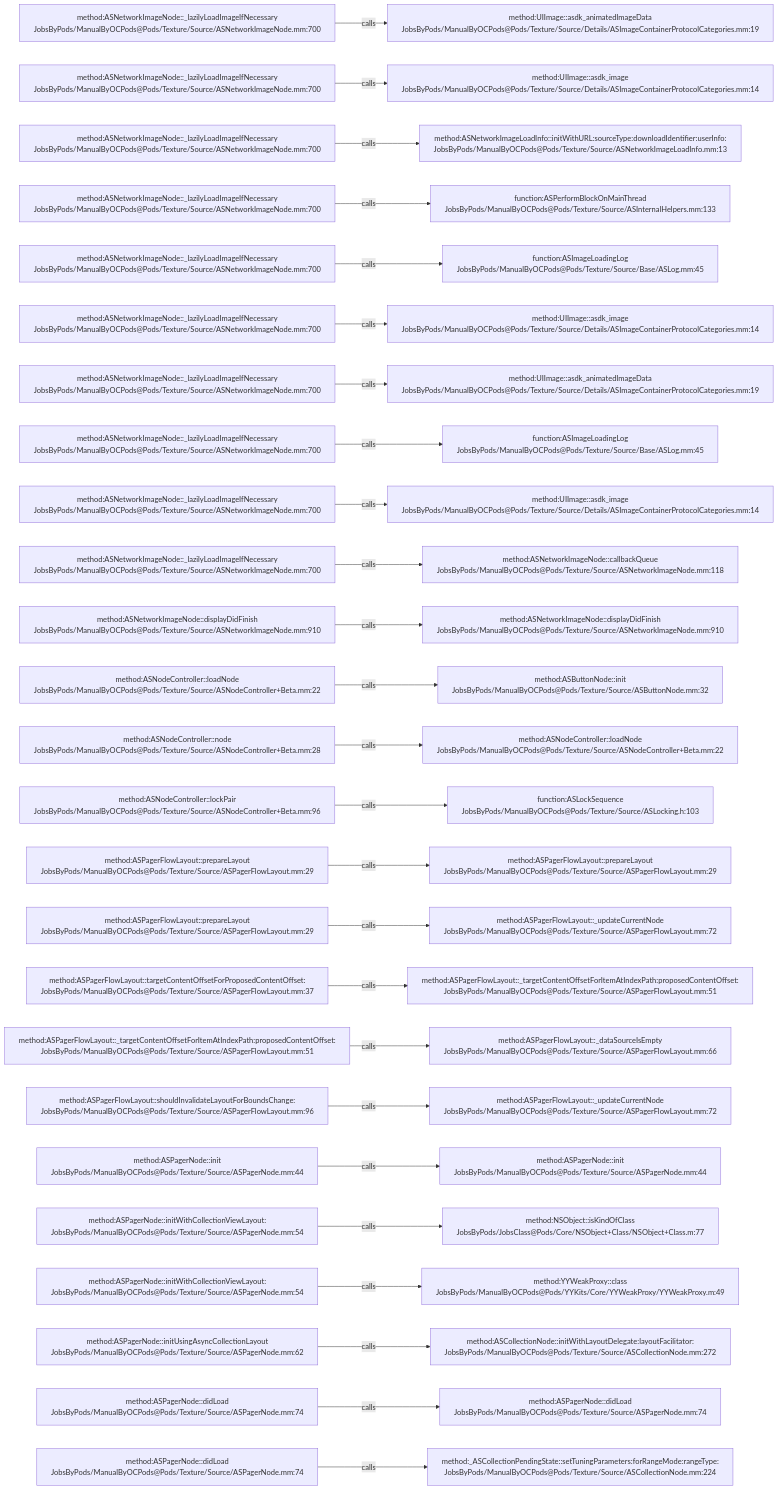
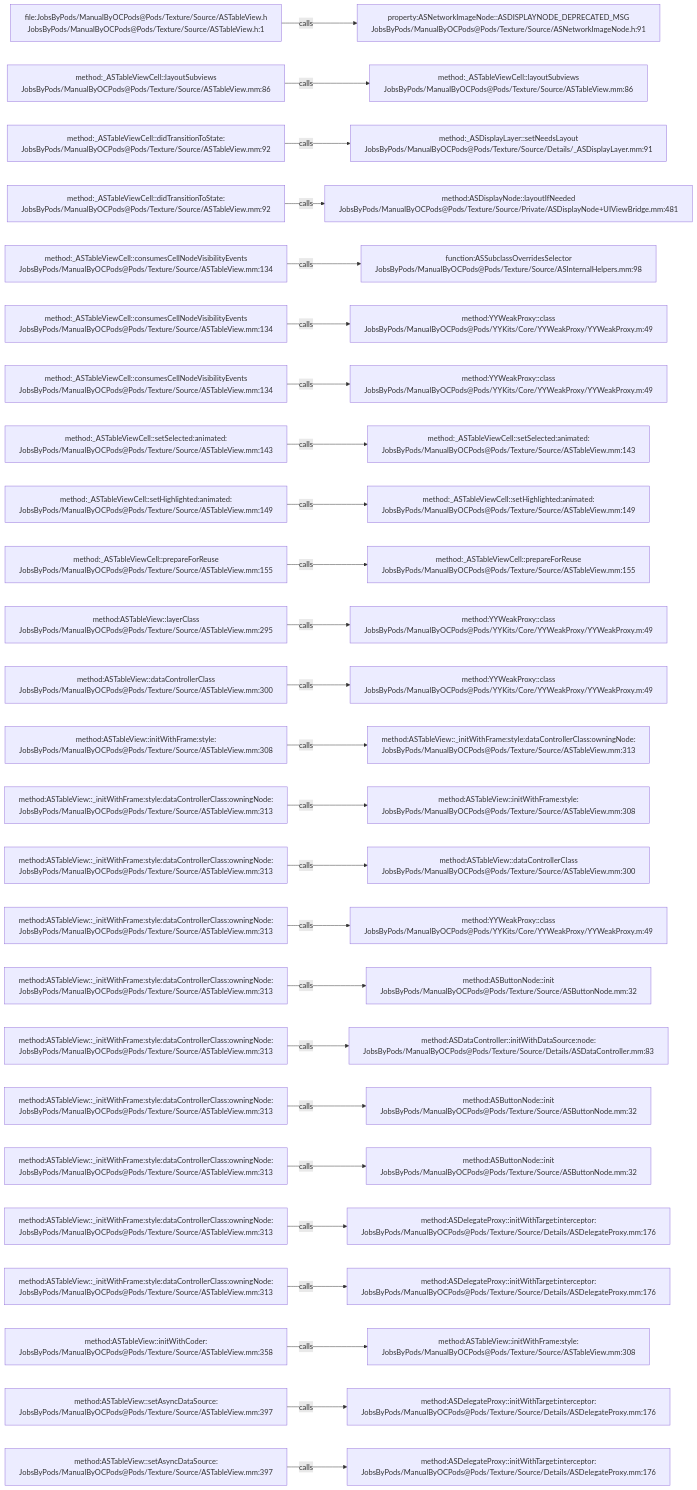
The diagram in .codegraph/codegraph.md/graphs/calls-111.md (JobsKits/JobsOCBaseConfigDemo), drawn with Mermaid before and after one commit. The commit also changed 2723 other files, not shown here.

````diff
--- a/.codegraph/codegraph.md/graphs/calls-111.md
+++ b/.codegraph/codegraph.md/graphs/calls-111.md
@@ -13,78 +13,78 @@
 ```mermaid
 flowchart LR
-  S1["method:ASNetworkImageNode::_lazilyLoadImageIfNecessary<br/>JobsByPods/ManualByOCPods@Pods/Texture/Source/ASNetworkImageNode.mm:700"]
-  T1["method:UIImage::asdk_animatedImageData<br/>JobsByPods/ManualByOCPods@Pods/Texture/Source/Details/ASImageContainerProtocolCategories.mm:19"]
+  S1["file:JobsByPods/ManualByOCPods@Pods/Texture/Source/ASTableView.h<br/>JobsByPods/ManualByOCPods@Pods/Texture/Source/ASTableView.h:1"]
+  T1["property:ASNetworkImageNode::ASDISPLAYNODE_DEPRECATED_MSG<br/>JobsByPods/ManualByOCPods@Pods/Texture/Source/ASNetworkImageNode.h:91"]
   S1 -->|calls| T1
-  S2["method:ASNetworkImageNode::_lazilyLoadImageIfNecessary<br/>JobsByPods/ManualByOCPods@Pods/Texture/Source/ASNetworkImageNode.mm:700"]
-  T2["method:UIImage::asdk_image<br/>JobsByPods/ManualByOCPods@Pods/Texture/Source/Details/ASImageContainerProtocolCategories.mm:14"]
+  S2["method:_ASTableViewCell::layoutSubviews<br/>JobsByPods/ManualByOCPods@Pods/Texture/Source/ASTableView.mm:86"]
+  T2["method:_ASTableViewCell::layoutSubviews<br/>JobsByPods/ManualByOCPods@Pods/Texture/Source/ASTableView.mm:86"]
   S2 -->|calls| T2
-  S3["method:ASNetworkImageNode::_lazilyLoadImageIfNecessary<br/>JobsByPods/ManualByOCPods@Pods/Texture/Source/ASNetworkImageNode.mm:700"]
-  T3["method:ASNetworkImageLoadInfo::initWithURL:sourceType:downloadIdentifier:userInfo:<br/>JobsByPods/ManualByOCPods@Pods/Texture/Source/ASNetworkImageLoadInfo.mm:13"]
+  S3["method:_ASTableViewCell::didTransitionToState:<br/>JobsByPods/ManualByOCPods@Pods/Texture/Source/ASTableView.mm:92"]
+  T3["method:_ASDisplayLayer::setNeedsLayout<br/>JobsByPods/ManualByOCPods@Pods/Texture/Source/Details/_ASDisplayLayer.mm:91"]
   S3 -->|calls| T3
-  S4["method:ASNetworkImageNode::_lazilyLoadImageIfNecessary<br/>JobsByPods/ManualByOCPods@Pods/Texture/Source/ASNetworkImageNode.mm:700"]
-  T4["function:ASPerformBlockOnMainThread<br/>JobsByPods/ManualByOCPods@Pods/Texture/Source/ASInternalHelpers.mm:133"]
+  S4["method:_ASTableViewCell::didTransitionToState:<br/>JobsByPods/ManualByOCPods@Pods/Texture/Source/ASTableView.mm:92"]
+  T4["method:ASDisplayNode::layoutIfNeeded<br/>JobsByPods/ManualByOCPods@Pods/Texture/Source/Private/ASDisplayNode+UIViewBridge.mm:481"]
   S4 -->|calls| T4
-  S5["method:ASNetworkImageNode::_lazilyLoadImageIfNecessary<br/>JobsByPods/ManualByOCPods@Pods/Texture/Source/ASNetworkImageNode.mm:700"]
-  T5["function:ASImageLoadingLog<br/>JobsByPods/ManualByOCPods@Pods/Texture/Source/Base/ASLog.mm:45"]
+  S5["method:_ASTableViewCell::consumesCellNodeVisibilityEvents<br/>JobsByPods/ManualByOCPods@Pods/Texture/Source/ASTableView.mm:134"]
+  T5["function:ASSubclassOverridesSelector<br/>JobsByPods/ManualByOCPods@Pods/Texture/Source/ASInternalHelpers.mm:98"]
   S5 -->|calls| T5
-  S6["method:ASNetworkImageNode::_lazilyLoadImageIfNecessary<br/>JobsByPods/ManualByOCPods@Pods/Texture/Source/ASNetworkImageNode.mm:700"]
-  T6["method:UIImage::asdk_image<br/>JobsByPods/ManualByOCPods@Pods/Texture/Source/Details/ASImageContainerProtocolCategories.mm:14"]
+  S6["method:_ASTableViewCell::consumesCellNodeVisibilityEvents<br/>JobsByPods/ManualByOCPods@Pods/Texture/Source/ASTableView.mm:134"]
+  T6["method:YYWeakProxy::class<br/>JobsByPods/ManualByOCPods@Pods/YYKits/Core/YYWeakProxy/YYWeakProxy.m:49"]
   S6 -->|calls| T6
-  S7["method:ASNetworkImageNode::_lazilyLoadImageIfNecessary<br/>JobsByPods/ManualByOCPods@Pods/Texture/Source/ASNetworkImageNode.mm:700"]
-  T7["method:UIImage::asdk_animatedImageData<br/>JobsByPods/ManualByOCPods@Pods/Texture/Source/Details/ASImageContainerProtocolCategories.mm:19"]
+  S7["method:_ASTableViewCell::consumesCellNodeVisibilityEvents<br/>JobsByPods/ManualByOCPods@Pods/Texture/Source/ASTableView.mm:134"]
+  T7["method:YYWeakProxy::class<br/>JobsByPods/ManualByOCPods@Pods/YYKits/Core/YYWeakProxy/YYWeakProxy.m:49"]
   S7 -->|calls| T7
-  S8["method:ASNetworkImageNode::_lazilyLoadImageIfNecessary<br/>JobsByPods/ManualByOCPods@Pods/Texture/Source/ASNetworkImageNode.mm:700"]
-  T8["function:ASImageLoadingLog<br/>JobsByPods/ManualByOCPods@Pods/Texture/Source/Base/ASLog.mm:45"]
+  S8["method:_ASTableViewCell::setSelected:animated:<br/>JobsByPods/ManualByOCPods@Pods/Texture/Source/ASTableView.mm:143"]
+  T8["method:_ASTableViewCell::setSelected:animated:<br/>JobsByPods/ManualByOCPods@Pods/Texture/Source/ASTableView.mm:143"]
   S8 -->|calls| T8
-  S9["method:ASNetworkImageNode::_lazilyLoadImageIfNecessary<br/>JobsByPods/ManualByOCPods@Pods/Texture/Source/ASNetworkImageNode.mm:700"]
-  T9["method:UIImage::asdk_image<br/>JobsByPods/ManualByOCPods@Pods/Texture/Source/Details/ASImageContainerProtocolCategories.mm:14"]
+  S9["method:_ASTableViewCell::setHighlighted:animated:<br/>JobsByPods/ManualByOCPods@Pods/Texture/Source/ASTableView.mm:149"]
+  T9["method:_ASTableViewCell::setHighlighted:animated:<br/>JobsByPods/ManualByOCPods@Pods/Texture/Source/ASTableView.mm:149"]
   S9 -->|calls| T9
-  S10["method:ASNetworkImageNode::_lazilyLoadImageIfNecessary<br/>JobsByPods/ManualByOCPods@Pods/Texture/Source/ASNetworkImageNode.mm:700"]
-  T10["method:ASNetworkImageNode::callbackQueue<br/>JobsByPods/ManualByOCPods@Pods/Texture/Source/ASNetworkImageNode.mm:118"]
+  S10["method:_ASTableViewCell::prepareForReuse<br/>JobsByPods/ManualByOCPods@Pods/Texture/Source/ASTableView.mm:155"]
+  T10["method:_ASTableViewCell::prepareForReuse<br/>JobsByPods/ManualByOCPods@Pods/Texture/Source/ASTableView.mm:155"]
   S10 -->|calls| T10
-  S11["method:ASNetworkImageNode::displayDidFinish<br/>JobsByPods/ManualByOCPods@Pods/Texture/Source/ASNetworkImageNode.mm:910"]
-  T11["method:ASNetworkImageNode::displayDidFinish<br/>JobsByPods/ManualByOCPods@Pods/Texture/Source/ASNetworkImageNode.mm:910"]
+  S11["method:ASTableView::layerClass<br/>JobsByPods/ManualByOCPods@Pods/Texture/Source/ASTableView.mm:295"]
+  T11["method:YYWeakProxy::class<br/>JobsByPods/ManualByOCPods@Pods/YYKits/Core/YYWeakProxy/YYWeakProxy.m:49"]
   S11 -->|calls| T11
-  S12["method:ASNodeController::loadNode<br/>JobsByPods/ManualByOCPods@Pods/Texture/Source/ASNodeController+Beta.mm:22"]
-  T12["method:ASButtonNode::init<br/>JobsByPods/ManualByOCPods@Pods/Texture/Source/ASButtonNode.mm:32"]
+  S12["method:ASTableView::dataControllerClass<br/>JobsByPods/ManualByOCPods@Pods/Texture/Source/ASTableView.mm:300"]
+  T12["method:YYWeakProxy::class<br/>JobsByPods/ManualByOCPods@Pods/YYKits/Core/YYWeakProxy/YYWeakProxy.m:49"]
   S12 -->|calls| T12
-  S13["method:ASNodeController::node<br/>JobsByPods/ManualByOCPods@Pods/Texture/Source/ASNodeController+Beta.mm:28"]
-  T13["method:ASNodeController::loadNode<br/>JobsByPods/ManualByOCPods@Pods/Texture/Source/ASNodeController+Beta.mm:22"]
+  S13["method:ASTableView::initWithFrame:style:<br/>JobsByPods/ManualByOCPods@Pods/Texture/Source/ASTableView.mm:308"]
+  T13["method:ASTableView::_initWithFrame:style:dataControllerClass:owningNode:<br/>JobsByPods/ManualByOCPods@Pods/Texture/Source/ASTableView.mm:313"]
   S13 -->|calls| T13
-  S14["method:ASNodeController::lockPair<br/>JobsByPods/ManualByOCPods@Pods/Texture/Source/ASNodeController+Beta.mm:96"]
-  T14["function:ASLockSequence<br/>JobsByPods/ManualByOCPods@Pods/Texture/Source/ASLocking.h:103"]
+  S14["method:ASTableView::_initWithFrame:style:dataControllerClass:owningNode:<br/>JobsByPods/ManualByOCPods@Pods/Texture/Source/ASTableView.mm:313"]
+  T14["method:ASTableView::initWithFrame:style:<br/>JobsByPods/ManualByOCPods@Pods/Texture/Source/ASTableView.mm:308"]
   S14 -->|calls| T14
-  S15["method:ASPagerFlowLayout::prepareLayout<br/>JobsByPods/ManualByOCPods@Pods/Texture/Source/ASPagerFlowLayout.mm:29"]
-  T15["method:ASPagerFlowLayout::prepareLayout<br/>JobsByPods/ManualByOCPods@Pods/Texture/Source/ASPagerFlowLayout.mm:29"]
+  S15["method:ASTableView::_initWithFrame:style:dataControllerClass:owningNode:<br/>JobsByPods/ManualByOCPods@Pods/Texture/Source/ASTableView.mm:313"]
+  T15["method:ASTableView::dataControllerClass<br/>JobsByPods/ManualByOCPods@Pods/Texture/Source/ASTableView.mm:300"]
   S15 -->|calls| T15
-  S16["method:ASPagerFlowLayout::prepareLayout<br/>JobsByPods/ManualByOCPods@Pods/Texture/Source/ASPagerFlowLayout.mm:29"]
-  T16["method:ASPagerFlowLayout::_updateCurrentNode<br/>JobsByPods/ManualByOCPods@Pods/Texture/Source/ASPagerFlowLayout.mm:72"]
+  S16["method:ASTableView::_initWithFrame:style:dataControllerClass:owningNode:<br/>JobsByPods/ManualByOCPods@Pods/Texture/Source/ASTableView.mm:313"]
+  T16["method:YYWeakProxy::class<br/>JobsByPods/ManualByOCPods@Pods/YYKits/Core/YYWeakProxy/YYWeakProxy.m:49"]
   S16 -->|calls| T16
-  S17["method:ASPagerFlowLayout::targetContentOffsetForProposedContentOffset:<br/>JobsByPods/ManualByOCPods@Pods/Texture/Source/ASPagerFlowLayout.mm:37"]
-  T17["method:ASPagerFlowLayout::_targetContentOffsetForItemAtIndexPath:proposedContentOffset:<br/>JobsByPods/ManualByOCPods@Pods/Texture/Source/ASPagerFlowLayout.mm:51"]
+  S17["method:ASTableView::_initWithFrame:style:dataControllerClass:owningNode:<br/>JobsByPods/ManualByOCPods@Pods/Texture/Source/ASTableView.mm:313"]
+  T17["method:ASButtonNode::init<br/>JobsByPods/ManualByOCPods@Pods/Texture/Source/ASButtonNode.mm:32"]
   S17 -->|calls| T17
-  S18["method:ASPagerFlowLayout::_targetContentOffsetForItemAtIndexPath:proposedContentOffset:<br/>JobsByPods/ManualByOCPods@Pods/Texture/Source/ASPagerFlowLayout.mm:51"]
-  T18["method:ASPagerFlowLayout::_dataSourceIsEmpty<br/>JobsByPods/ManualByOCPods@Pods/Texture/Source/ASPagerFlowLayout.mm:66"]
+  S18["method:ASTableView::_initWithFrame:style:dataControllerClass:owningNode:<br/>JobsByPods/ManualByOCPods@Pods/Texture/Source/ASTableView.mm:313"]
+  T18["method:ASDataController::initWithDataSource:node:<br/>JobsByPods/ManualByOCPods@Pods/Texture/Source/Details/ASDataController.mm:83"]
   S18 -->|calls| T18
-  S19["method:ASPagerFlowLayout::shouldInvalidateLayoutForBoundsChange:<br/>JobsByPods/ManualByOCPods@Pods/Texture/Source/ASPagerFlowLayout.mm:96"]
-  T19["method:ASPagerFlowLayout::_updateCurrentNode<br/>JobsByPods/ManualByOCPods@Pods/Texture/Source/ASPagerFlowLayout.mm:72"]
+  S19["method:ASTableView::_initWithFrame:style:dataControllerClass:owningNode:<br/>JobsByPods/ManualByOCPods@Pods/Texture/Source/ASTableView.mm:313"]
+  T19["method:ASButtonNode::init<br/>JobsByPods/ManualByOCPods@Pods/Texture/Source/ASButtonNode.mm:32"]
   S19 -->|calls| T19
-  S20["method:ASPagerNode::init<br/>JobsByPods/ManualByOCPods@Pods/Texture/Source/ASPagerNode.mm:44"]
-  T20["method:ASPagerNode::init<br/>JobsByPods/ManualByOCPods@Pods/Texture/Source/ASPagerNode.mm:44"]
+  S20["method:ASTableView::_initWithFrame:style:dataControllerClass:owningNode:<br/>JobsByPods/ManualByOCPods@Pods/Texture/Source/ASTableView.mm:313"]
+  T20["method:ASButtonNode::init<br/>JobsByPods/ManualByOCPods@Pods/Texture/Source/ASButtonNode.mm:32"]
   S20 -->|calls| T20
-  S21["method:ASPagerNode::initWithCollectionViewLayout:<br/>JobsByPods/ManualByOCPods@Pods/Texture/Source/ASPagerNode.mm:54"]
-  T21["method:NSObject::isKindOfClass<br/>JobsByPods/JobsClass@Pods/Core/NSObject+Class/NSObject+Class.m:77"]
+  S21["method:ASTableView::_initWithFrame:style:dataControllerClass:owningNode:<br/>JobsByPods/ManualByOCPods@Pods/Texture/Source/ASTableView.mm:313"]
+  T21["method:ASDelegateProxy::initWithTarget:interceptor:<br/>JobsByPods/ManualByOCPods@Pods/Texture/Source/Details/ASDelegateProxy.mm:176"]
   S21 -->|calls| T21
-  S22["method:ASPagerNode::initWithCollectionViewLayout:<br/>JobsByPods/ManualByOCPods@Pods/Texture/Source/ASPagerNode.mm:54"]
-  T22["method:YYWeakProxy::class<br/>JobsByPods/ManualByOCPods@Pods/YYKits/Core/YYWeakProxy/YYWeakProxy.m:49"]
+  S22["method:ASTableView::_initWithFrame:style:dataControllerClass:owningNode:<br/>JobsByPods/ManualByOCPods@Pods/Texture/Source/ASTableView.mm:313"]
+  T22["method:ASDelegateProxy::initWithTarget:interceptor:<br/>JobsByPods/ManualByOCPods@Pods/Texture/Source/Details/ASDelegateProxy.mm:176"]
   S22 -->|calls| T22
-  S23["method:ASPagerNode::initUsingAsyncCollectionLayout<br/>JobsByPods/ManualByOCPods@Pods/Texture/Source/ASPagerNode.mm:62"]
-  T23["method:ASCollectionNode::initWithLayoutDelegate:layoutFacilitator:<br/>JobsByPods/ManualByOCPods@Pods/Texture/Source/ASCollectionNode.mm:272"]
+  S23["method:ASTableView::initWithCoder:<br/>JobsByPods/ManualByOCPods@Pods/Texture/Source/ASTableView.mm:358"]
+  T23["method:ASTableView::initWithFrame:style:<br/>JobsByPods/ManualByOCPods@Pods/Texture/Source/ASTableView.mm:308"]
   S23 -->|calls| T23
-  S24["method:ASPagerNode::didLoad<br/>JobsByPods/ManualByOCPods@Pods/Texture/Source/ASPagerNode.mm:74"]
-  T24["method:ASPagerNode::didLoad<br/>JobsByPods/ManualByOCPods@Pods/Texture/Source/ASPagerNode.mm:74"]
+  S24["method:ASTableView::setAsyncDataSource:<br/>JobsByPods/ManualByOCPods@Pods/Texture/Source/ASTableView.mm:397"]
+  T24["method:ASDelegateProxy::initWithTarget:interceptor:<br/>JobsByPods/ManualByOCPods@Pods/Texture/Source/Details/ASDelegateProxy.mm:176"]
   S24 -->|calls| T24
-  S25["method:ASPagerNode::didLoad<br/>JobsByPods/ManualByOCPods@Pods/Texture/Source/ASPagerNode.mm:74"]
-  T25["method:_ASCollectionPendingState::setTuningParameters:forRangeMode:rangeType:<br/>JobsByPods/ManualByOCPods@Pods/Texture/Source/ASCollectionNode.mm:224"]
+  S25["method:ASTableView::setAsyncDataSource:<br/>JobsByPods/ManualByOCPods@Pods/Texture/Source/ASTableView.mm:397"]
+  T25["method:ASDelegateProxy::initWithTarget:interceptor:<br/>JobsByPods/ManualByOCPods@Pods/Texture/Source/Details/ASDelegateProxy.mm:176"]
   S25 -->|calls| T25
 ```
````
